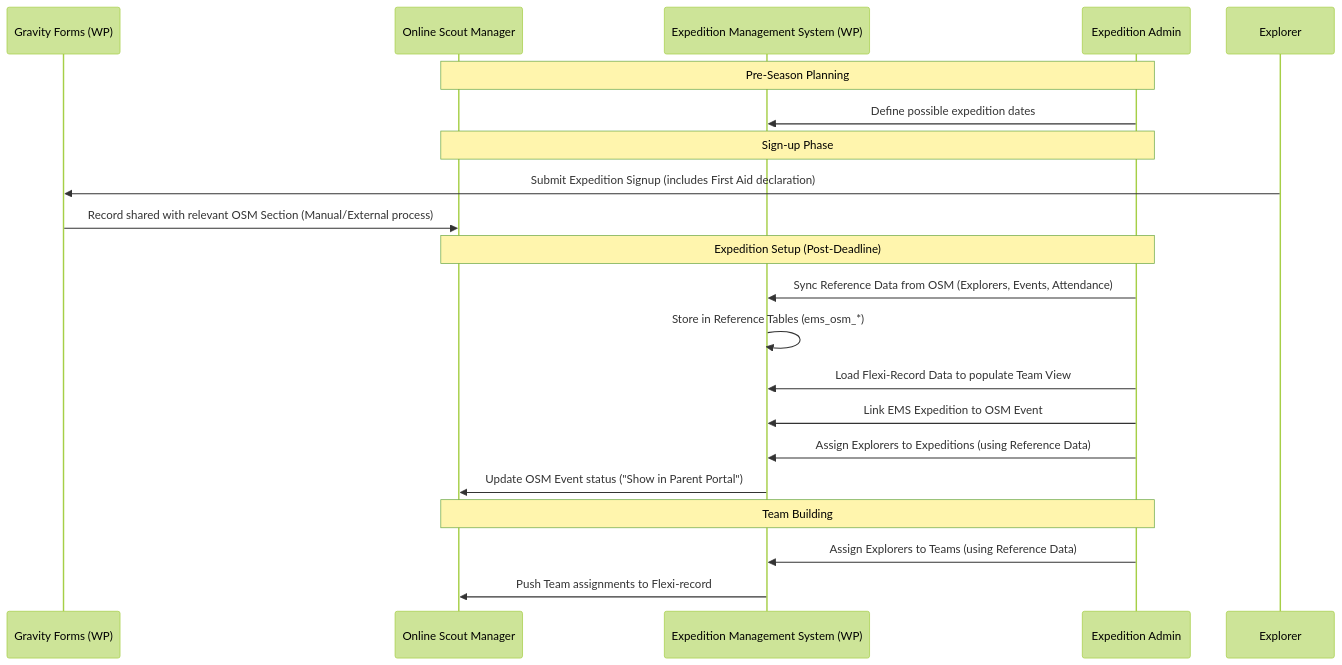
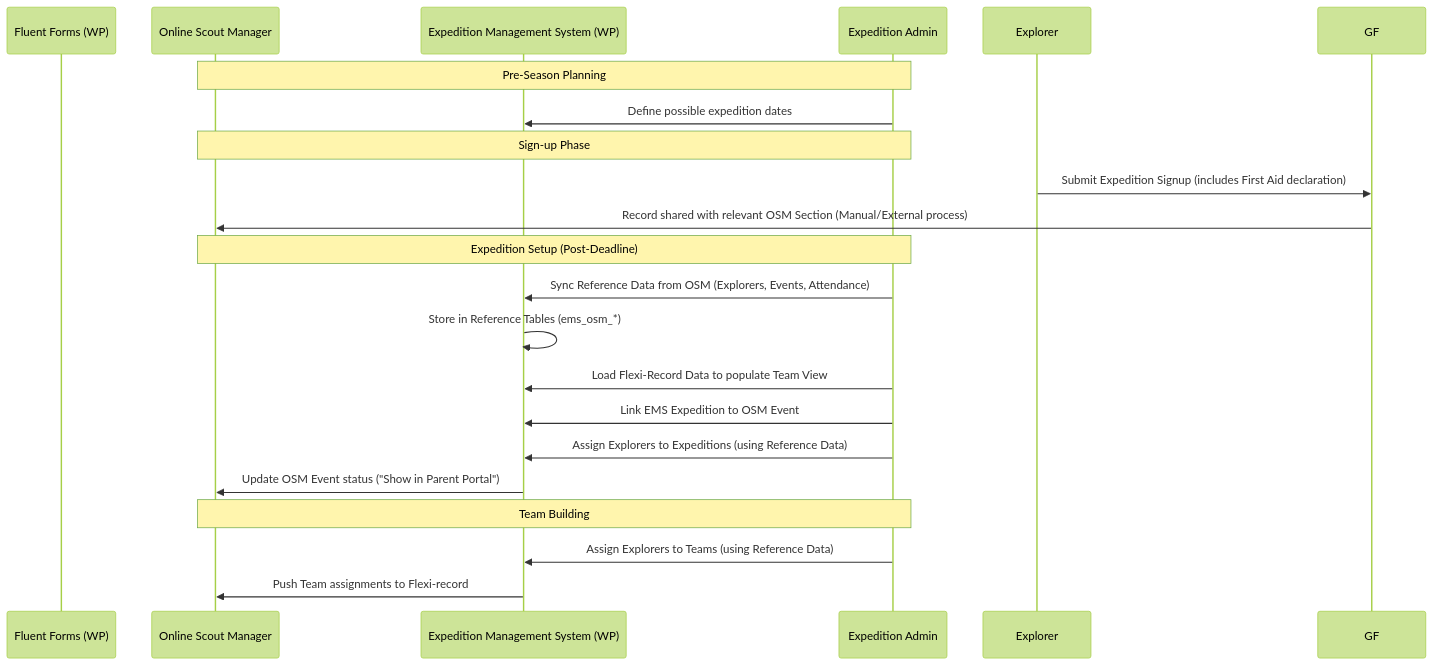
One commit to circularlizard/expedition-management-system changed the diagram in docs/Expedition Management System.md. Above: the diagram before and after it, drawn with Mermaid (forest theme). The commit also changed other lines of this file and 11 other files, not shown here.

````diff
--- a/docs/Expedition Management System.md
+++ b/docs/Expedition Management System.md
@@ -37,26 +37,26 @@
 ```mermaid
 sequenceDiagram
-    participant GF as Gravity Forms (WP)
+    participant FF as Fluent Forms (WP)
     participant OSM as Online Scout Manager
     participant EMS as Expedition Management System (WP)
     participant Admin as Expedition Admin
 
     Note over Admin, OSM: Pre-Season Planning
     Admin->>EMS: Define possible expedition dates
     
     Note over Admin, OSM: Sign-up Phase
     Explorer->>GF: Submit Expedition Signup (includes First Aid declaration)
     GF->>OSM: Record shared with relevant OSM Section (Manual/External process)
     
     Note over Admin, OSM: Expedition Setup (Post-Deadline)
     Admin->>EMS: Sync Reference Data from OSM (Explorers, Events, Attendance)
     EMS->>EMS: Store in Reference Tables (ems_osm_*)
     Admin->>EMS: Load Flexi-Record Data to populate Team View
     Admin->>EMS: Link EMS Expedition to OSM Event
     Admin->>EMS: Assign Explorers to Expeditions (using Reference Data)
     EMS->>OSM: Update OSM Event status ("Show in Parent Portal")
     
     Note over Admin, OSM: Team Building
     Admin->>EMS: Assign Explorers to Teams (using Reference Data)
     EMS->>OSM: Push Team assignments to Flexi-record
 ```
````
